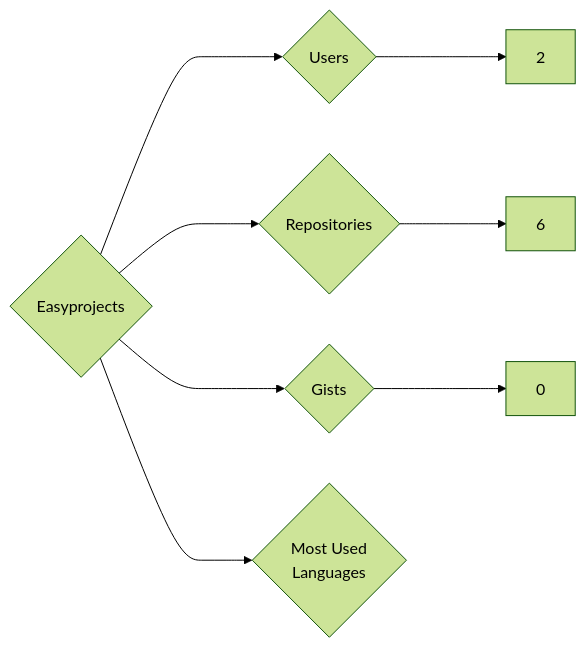
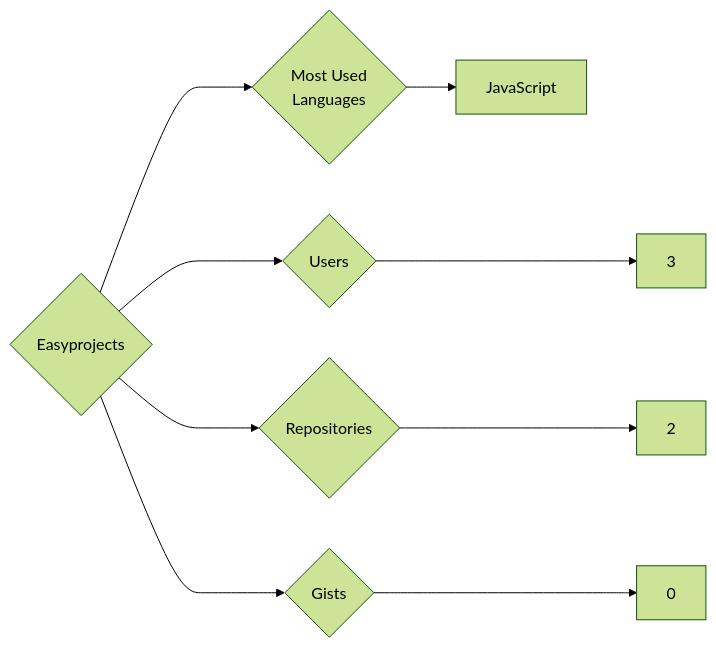
One commit to trickest/insiders changed the diagram in targets/Easyprojects/README.md. Above: the diagram before and after it, drawn with Mermaid (forest theme). The commit also changed 1238 other files, not shown here.

````diff
--- a/targets/Easyprojects/README.md
+++ b/targets/Easyprojects/README.md
@@ -3,8 +3,9 @@
 ```mermaid
 graph LR
 COMPANY_NAME{Easyprojects}
-COMPANY_NAME ---> U{Users} ---> UN[2]
-COMPANY_NAME ---> R{Repositories} ---> RN[6]
+COMPANY_NAME ---> U{Users} ---> UN[3]
+COMPANY_NAME ---> R{Repositories} ---> RN[2]
 COMPANY_NAME ---> G{Gists} ---> GN[0]
 COMPANY_NAME ---> ML{Most Used<br>Languages}
+ML --> JavaScript[JavaScript]
 ```
````
